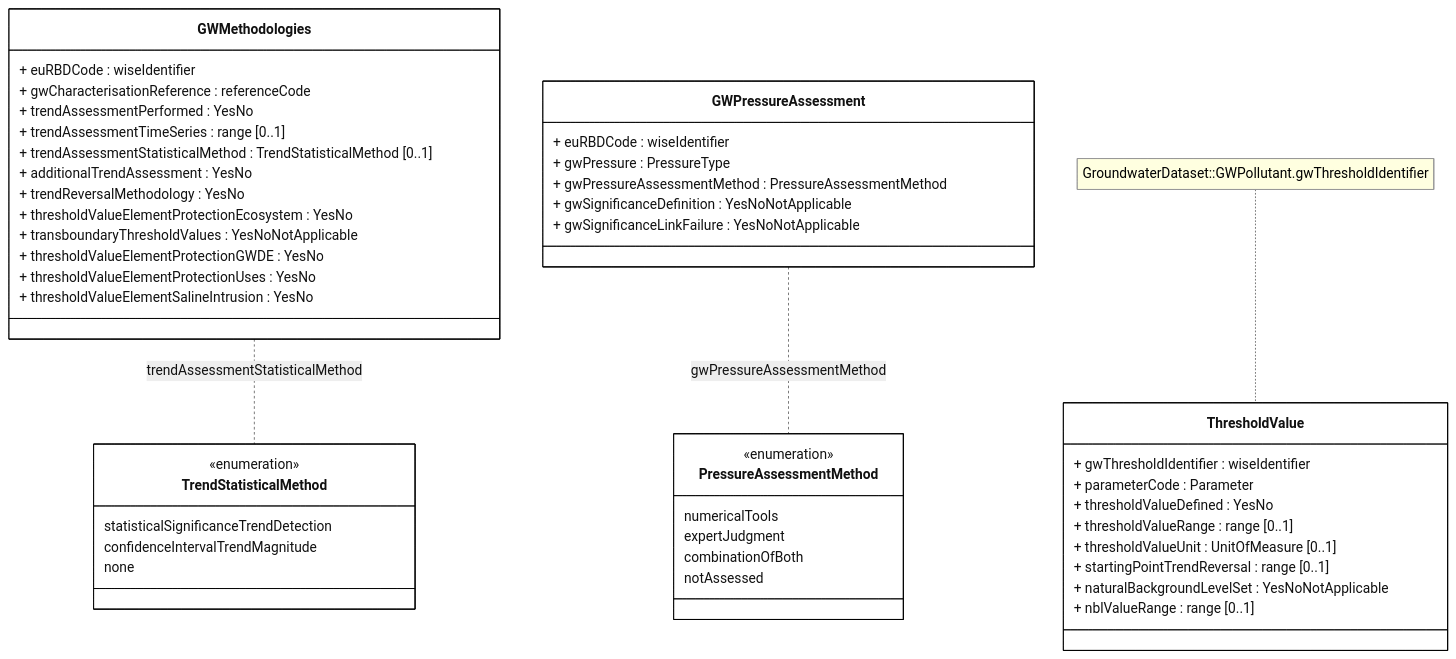
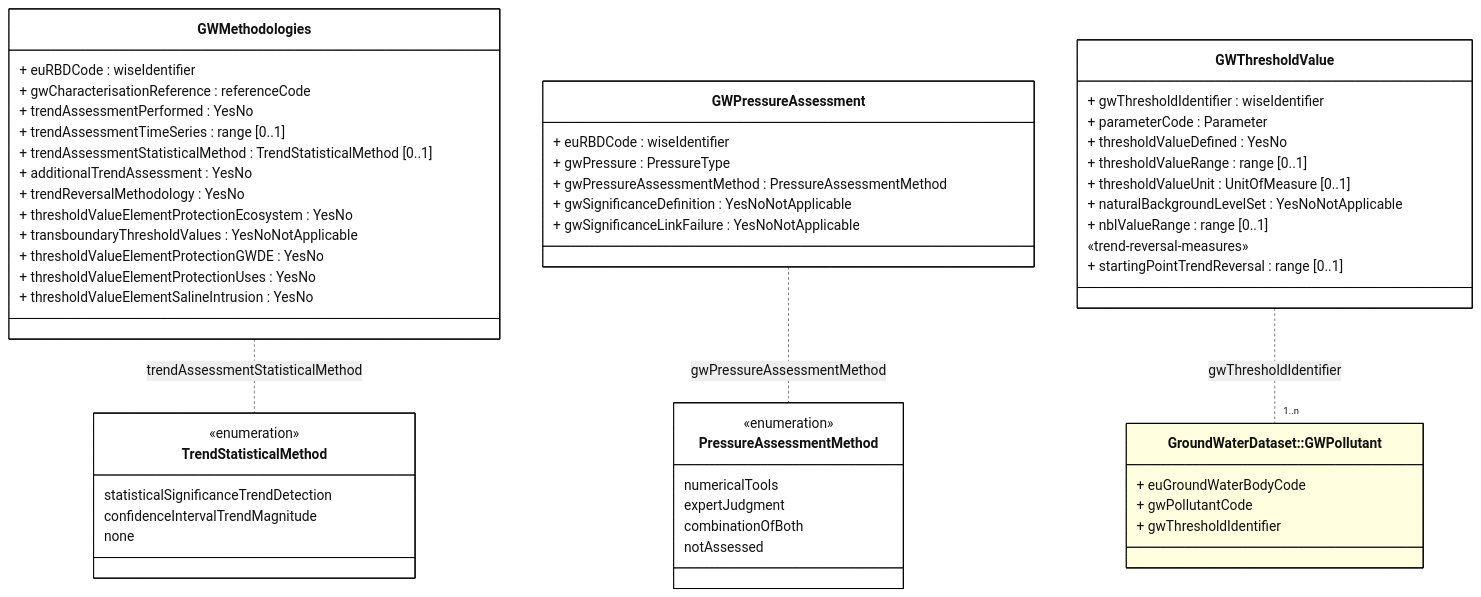
One commit to eeadata/WISE.WFD.Documentation changed the diagram in docs/DataModelReview/mmd/GroundwaterMethodologies_4thCycle_ClassDiagram.mmd. Above: the diagram before and after it, drawn with Mermaid. The commit also changed 12 other files, not shown here.

```diff
--- a/docs/DataModelReview/mmd/GroundwaterMethodologies_4thCycle_ClassDiagram.mmd
+++ b/docs/DataModelReview/mmd/GroundwaterMethodologies_4thCycle_ClassDiagram.mmd
@@ -1,68 +1,77 @@
 ---
 config:
   class:
     hideEmptyMembersBox: true
   layout: dagre
   theme: neutral
   themeVariables:
     noteBkgColor: LightYellow
     noteTextColor: black 
 ---
 classDiagram
 
 class GWMethodologies {
   + euRBDCode : wiseIdentifier
   + gwCharacterisationReference : referenceCode
   + trendAssessmentPerformed : YesNo
   + trendAssessmentTimeSeries : range [0..1]
   + trendAssessmentStatisticalMethod : TrendStatisticalMethod [0..1]
   + additionalTrendAssessment : YesNo
   + trendReversalMethodology : YesNo
   + thresholdValueElementProtectionEcosystem : YesNo
   + transboundaryThresholdValues : YesNoNotApplicable
   + thresholdValueElementProtectionGWDE : YesNo
   + thresholdValueElementProtectionUses : YesNo
   + thresholdValueElementSalineIntrusion : YesNo
 }
 
 class GWPressureAssessment{
   + euRBDCode : wiseIdentifier
   + gwPressure : PressureType
   + gwPressureAssessmentMethod : PressureAssessmentMethod
   + gwSignificanceDefinition : YesNoNotApplicable
   + gwSignificanceLinkFailure : YesNoNotApplicable
 }
 
-class ThresholdValue{
-  + gwThresholdIdentifier : wiseIdentifier
-  + parameterCode : Parameter
-  + thresholdValueDefined : YesNo
-  + thresholdValueRange : range [0..1]
-  + thresholdValueUnit : UnitOfMeasure [0..1]
-  + startingPointTrendReversal : range [0..1]
-  + naturalBackgroundLevelSet : YesNoNotApplicable
-  + nblValueRange : range  [0..1] 
+class GWThresholdValue{
++ gwThresholdIdentifier : wiseIdentifier
++ parameterCode : Parameter
++ thresholdValueDefined : YesNo
++ thresholdValueRange : range [0..1]
++ thresholdValueUnit : UnitOfMeasure [0..1]
++ naturalBackgroundLevelSet : YesNoNotApplicable
++ nblValueRange : range  [0..1] 
+
+«trend-reversal-measures»
++ startingPointTrendReversal : range [0..1]
+}
+
+class GWPollutant ["GroundWaterDataset::GWPollutant"]:::otherDataset{
++ euGroundWaterBodyCode
++ gwPollutantCode
++ gwThresholdIdentifier
 }
 
 class PressureAssessmentMethod{
 <<enumeration>>
 numericalTools
 expertJudgment
 combinationOfBoth
 notAssessed 
 }
 
 class TrendStatisticalMethod{
 <<enumeration>>
 statisticalSignificanceTrendDetection
 confidenceIntervalTrendMagnitude
 none
 }
 
 GWPressureAssessment .. PressureAssessmentMethod : gwPressureAssessmentMethod
 GWMethodologies .. TrendStatisticalMethod : trendAssessmentStatisticalMethod
 
-note for ThresholdValue "GroundwaterDataset::GWPollutant.gwThresholdIdentifier"
+GWThresholdValue .. "1..n" GWPollutant : gwThresholdIdentifier
 
 classDef default fill:white,stroke:#000;
+classDef otherDataset fill:lightyellow,stroke:#000;
 classDef forFixing fill:white,stroke:#f00;
```
